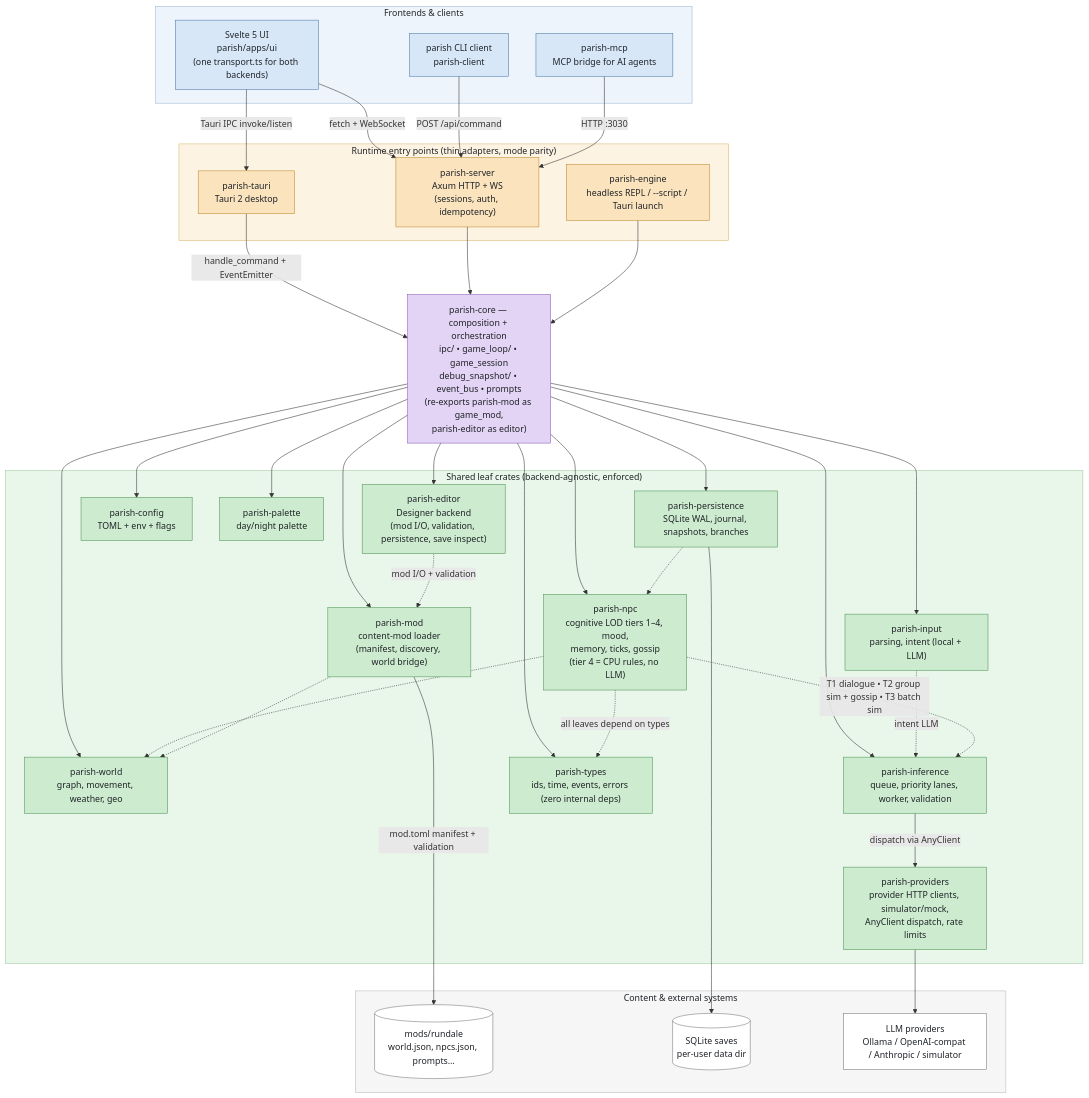
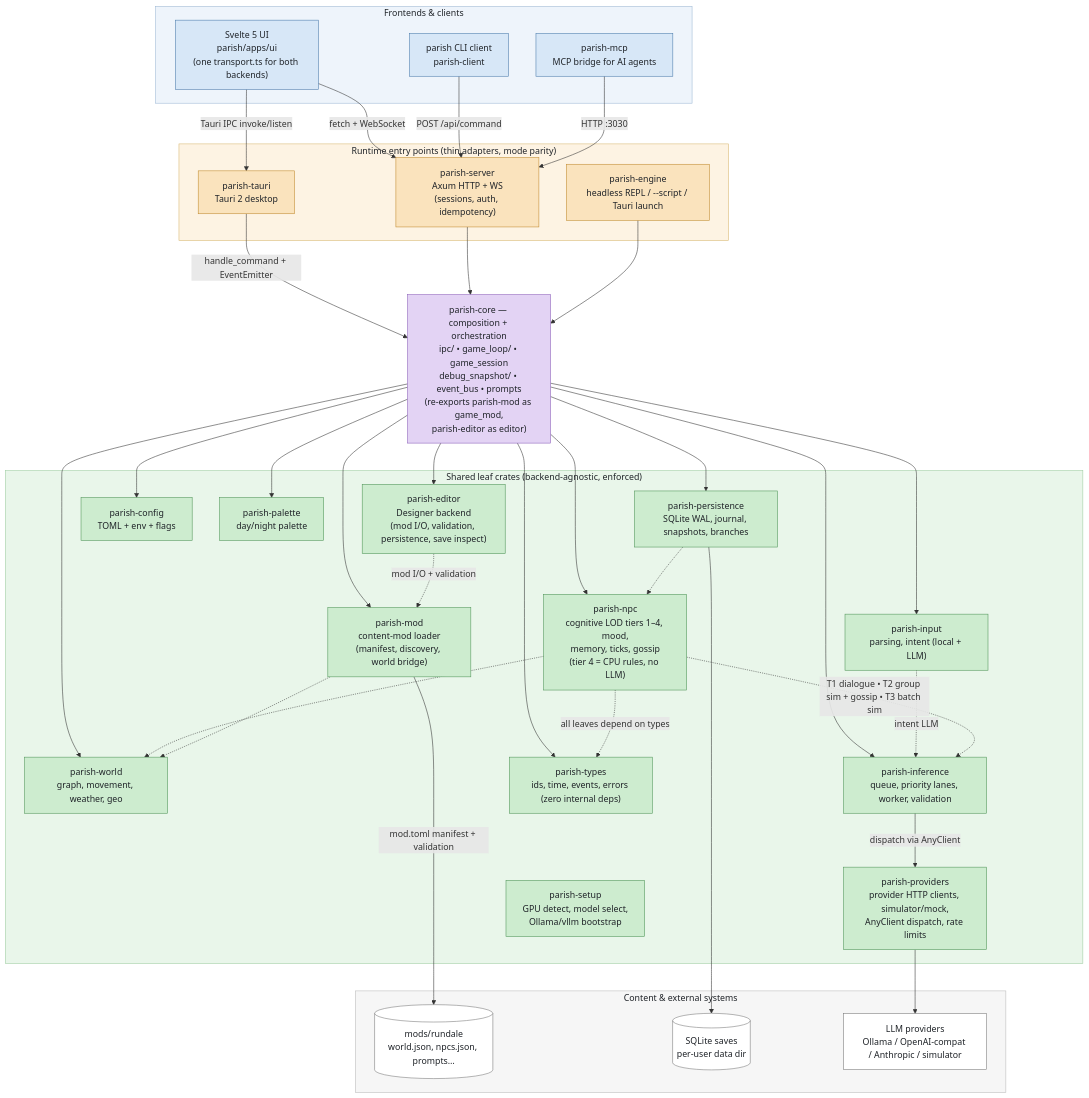
The second of 2 diagrams in README.md (dmooney/Rundale), drawn with Mermaid before and after one commit. The commit also changed other lines of this file and 17 other files, not shown here.

First line of the commit message:
refactor(inference): extract setup bootstrap into parish-setup crate (#1410)

````diff
--- a/README.md
+++ b/README.md
@@ -286,74 +286,75 @@
 ```mermaid
 flowchart TB
     subgraph clients["Frontends & clients"]
         UI["Svelte 5 UI<br/>parish/apps/ui<br/>(one transport.ts for both backends)"]
         CLI["parish CLI client<br/>parish-client"]
         MCP["parish-mcp<br/>MCP bridge for AI agents"]
     end
 
     subgraph entry["Runtime entry points (thin adapters, mode parity)"]
         TAURI["parish-tauri<br/>Tauri 2 desktop"]
         SERVER["parish-server<br/>Axum HTTP + WS<br/>(sessions, auth, idempotency)"]
         ENGINE["parish-engine<br/>headless REPL / --script / Tauri launch"]
     end
 
     CORE["parish-core — composition + orchestration<br/>ipc/ • game_loop/ • game_session<br/>debug_snapshot/ • event_bus • prompts<br/>(re-exports parish-mod as game_mod,<br/>parish-editor as editor)"]
 
     subgraph leaf["Shared leaf crates (backend-agnostic, enforced)"]
         WORLD["parish-world<br/>graph, movement, weather, geo"]
         NPC["parish-npc<br/>cognitive LOD tiers 1–4, mood,<br/>memory, ticks, gossip<br/>(tier 4 = CPU rules, no LLM)"]
         INPUT["parish-input<br/>parsing, intent (local + LLM)"]
         INFER["parish-inference<br/>queue, priority lanes, worker, validation"]
         PROVIDERS["parish-providers<br/>provider HTTP clients, simulator/mock,<br/>AnyClient dispatch, rate limits"]
+        SETUP["parish-setup<br/>GPU detect, model select,<br/>Ollama/vllm bootstrap"]
         PERSIST["parish-persistence<br/>SQLite WAL, journal, snapshots, branches"]
         CONFIG["parish-config<br/>TOML + env + flags"]
         PALETTE["parish-palette<br/>day/night palette"]
         MOD["parish-mod<br/>content-mod loader<br/>(manifest, discovery, world bridge)"]
         EDITOR["parish-editor<br/>Designer backend<br/>(mod I/O, validation, persistence, save inspect)"]
         TYPES["parish-types<br/>ids, time, events, errors (zero internal deps)"]
     end
 
     subgraph external["Content & external systems"]
         MODS[("mods/rundale<br/>world.json, npcs.json, prompts…")]
         DB[("SQLite saves<br/>per-user data dir")]
         LLM["LLM providers<br/>Ollama / OpenAI-compat / Anthropic / simulator"]
     end
 
     UI -- "Tauri IPC invoke/listen" --> TAURI
     UI -- "fetch + WebSocket" --> SERVER
     CLI -- "POST /api/command" --> SERVER
     MCP -- "HTTP :3030" --> SERVER
 
     TAURI -- "handle_command + EventEmitter" --> CORE
     SERVER --> CORE
     ENGINE --> CORE
 
     CORE --> WORLD & NPC & INPUT & INFER & PERSIST & CONFIG & PALETTE & MOD & EDITOR & TYPES
     INPUT -. "intent LLM" .-> INFER
     NPC -. "T1 dialogue • T2 group sim + gossip • T3 batch sim" .-> INFER
     NPC -.-> WORLD
     PERSIST -.-> NPC
     MOD -.-> WORLD
     EDITOR -. "mod I/O + validation" .-> MOD
     NPC -. "all leaves depend on types" .-> TYPES
 
     MOD -- "mod.toml manifest + validation" --> MODS
     PERSIST --> DB
     INFER -- "dispatch via AnyClient" --> PROVIDERS
     PROVIDERS --> LLM
 
     classDef clientNode fill:#d7e7f7,stroke:#4a7aab,color:#1f2328
     classDef entryNode fill:#fae3bd,stroke:#c08a2e,color:#1f2328
     classDef coreNode fill:#e3d3f4,stroke:#8a5fb8,color:#1f2328
     classDef leafNode fill:#cdeccf,stroke:#4f9457,color:#1f2328
     classDef extNode fill:#ffffff,stroke:#777777,color:#1f2328
     class UI,CLI,MCP clientNode
     class TAURI,SERVER,ENGINE entryNode
     class CORE coreNode
-    class WORLD,NPC,INPUT,INFER,PROVIDERS,PERSIST,CONFIG,PALETTE,MOD,EDITOR,TYPES leafNode
+    class WORLD,NPC,INPUT,INFER,PROVIDERS,SETUP,PERSIST,CONFIG,PALETTE,MOD,EDITOR,TYPES leafNode
     class MODS,DB,LLM extNode
     style clients fill:#eef4fb,stroke:#9db8d4,color:#1f2328
     style entry fill:#fdf3e3,stroke:#d8b873,color:#1f2328
     style leaf fill:#e9f6ea,stroke:#9ccca0,color:#1f2328
     style external fill:#f6f6f6,stroke:#bbbbbb,color:#1f2328
 ```
````
